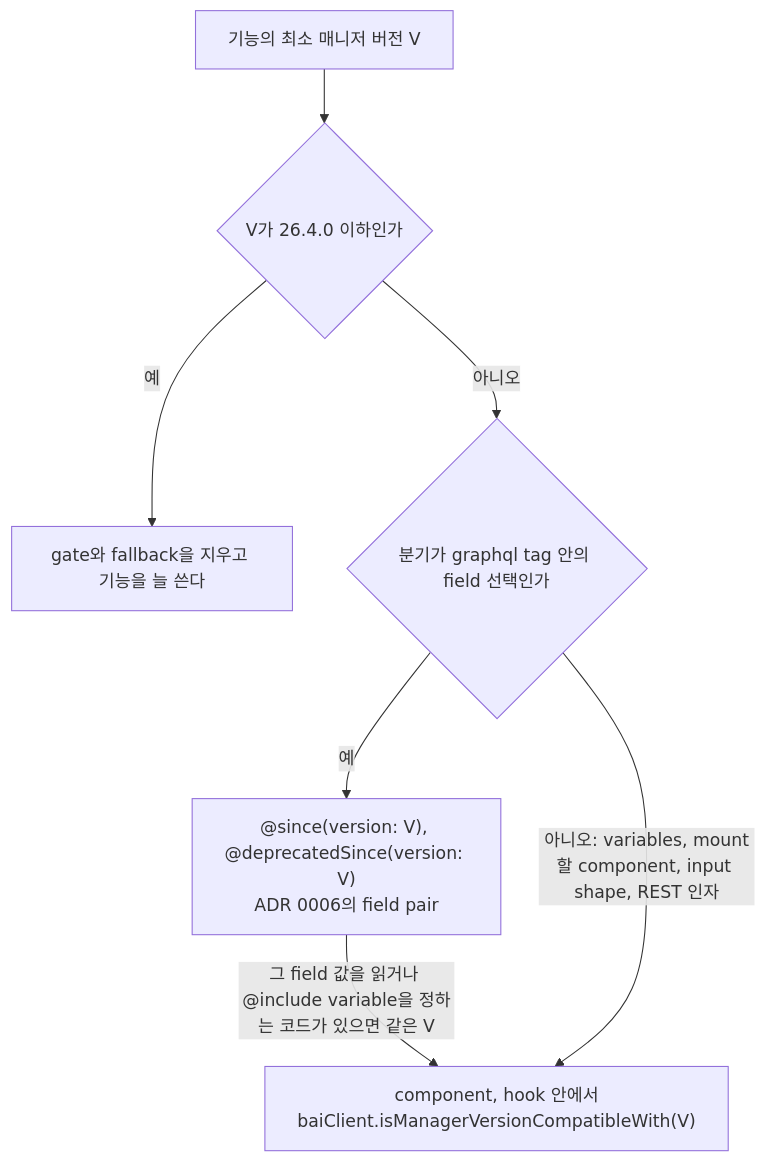
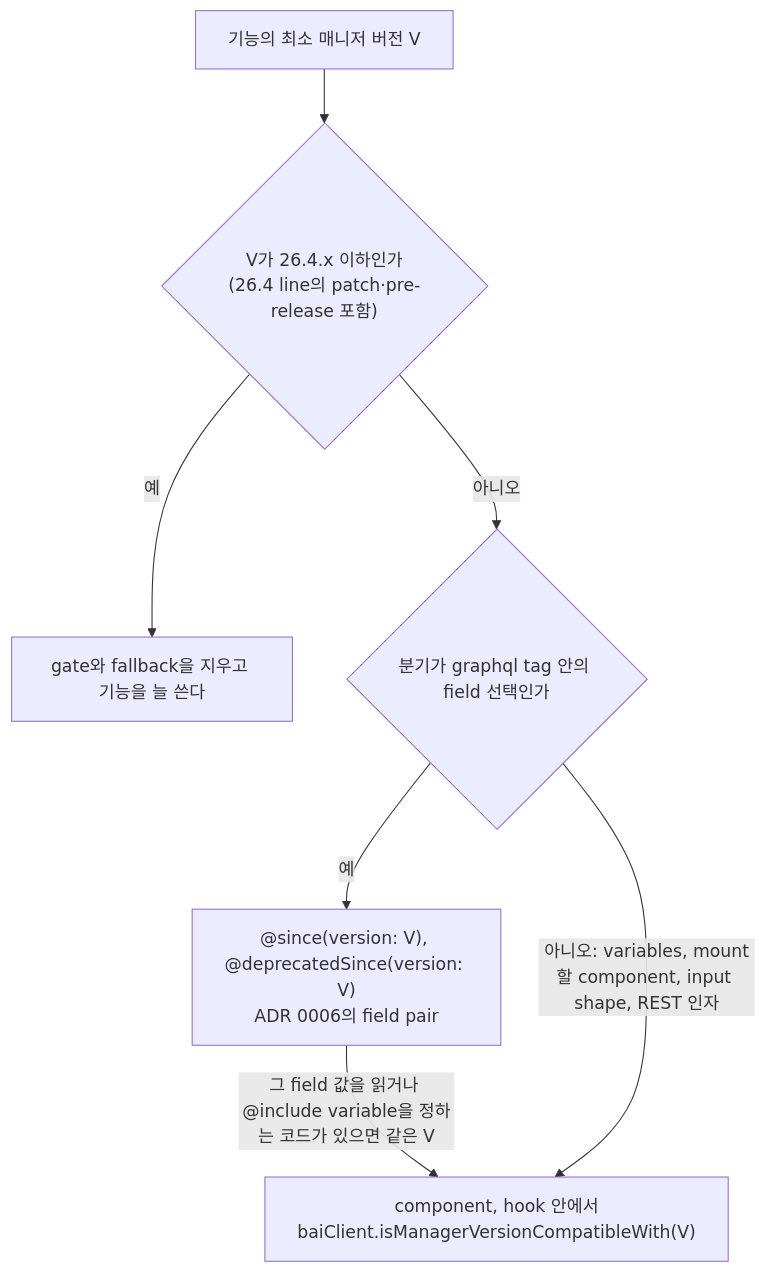
The second of 2 diagrams in docs/adr/0010-component-level-manager-version-gates.md (lablup/backend.ai-webui), drawn with Mermaid before and after one commit. The commit also changed other lines of this file and 142 other files, not shown here.

````diff
--- a/docs/adr/0010-component-level-manager-version-gates.md
+++ b/docs/adr/0010-component-level-manager-version-gates.md
@@ -43,15 +43,15 @@
 ```mermaid
 flowchart TD
   gate["기능의 최소 매니저 버전 V"]
-  floor{"V가 26.4.0 이하인가"}
+  floor{"V가 26.4.x 이하인가<br/>(26.4 line의 patch·pre-release 포함)"}
   remove["gate와 fallback을 지우고 기능을 늘 쓴다"]
   kind{"분기가 graphql tag 안의 field 선택인가"}
   pair["@since(version: V), @deprecatedSince(version: V)<br/>ADR 0006의 field pair"]
   inline["component, hook 안에서<br/>baiClient.isManagerVersionCompatibleWith(V)"]
   gate --> floor
   floor -- "예" --> remove
   floor -- "아니오" --> kind
   kind -- "예" --> pair
   pair -- "그 field 값을 읽거나 @include variable을 정하는 코드가 있으면 같은 V" --> inline
   kind -- "아니오: variables, mount할 component, input shape, REST 인자" --> inline
 ```
````
